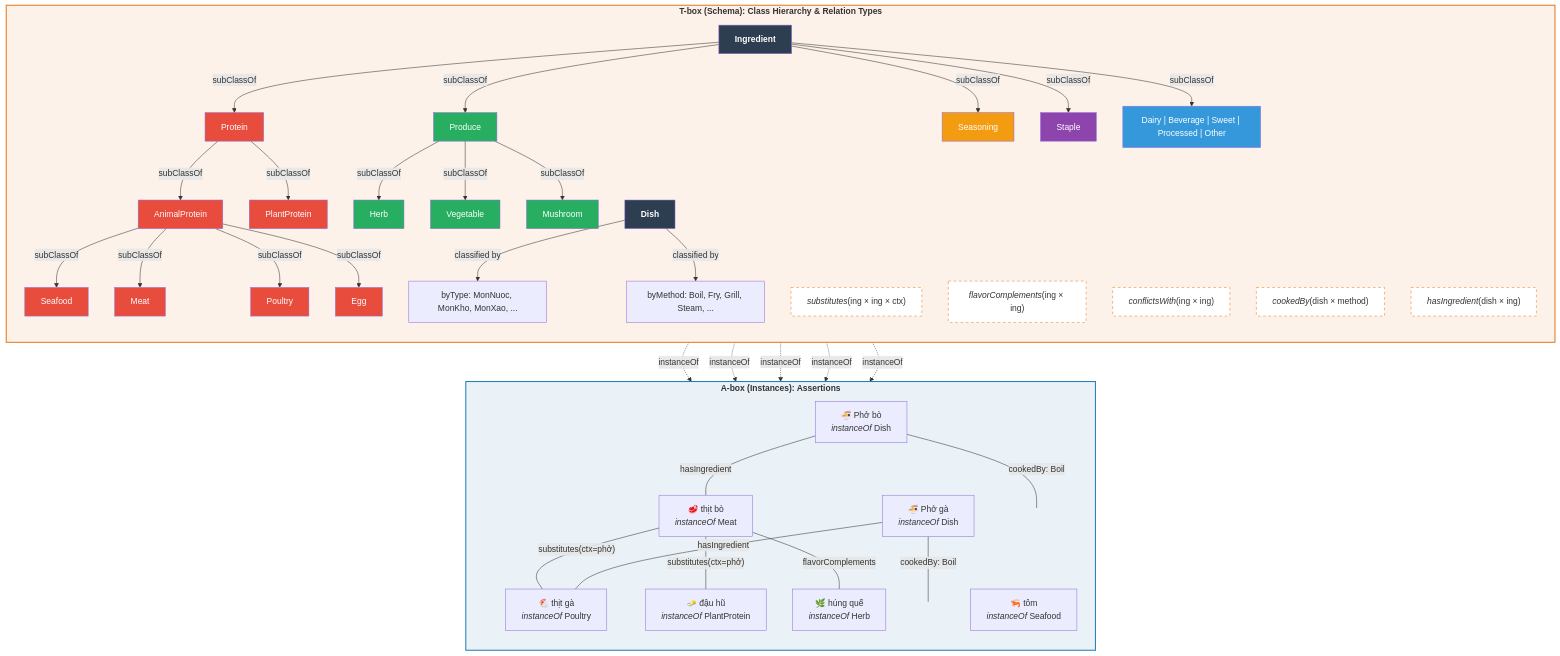
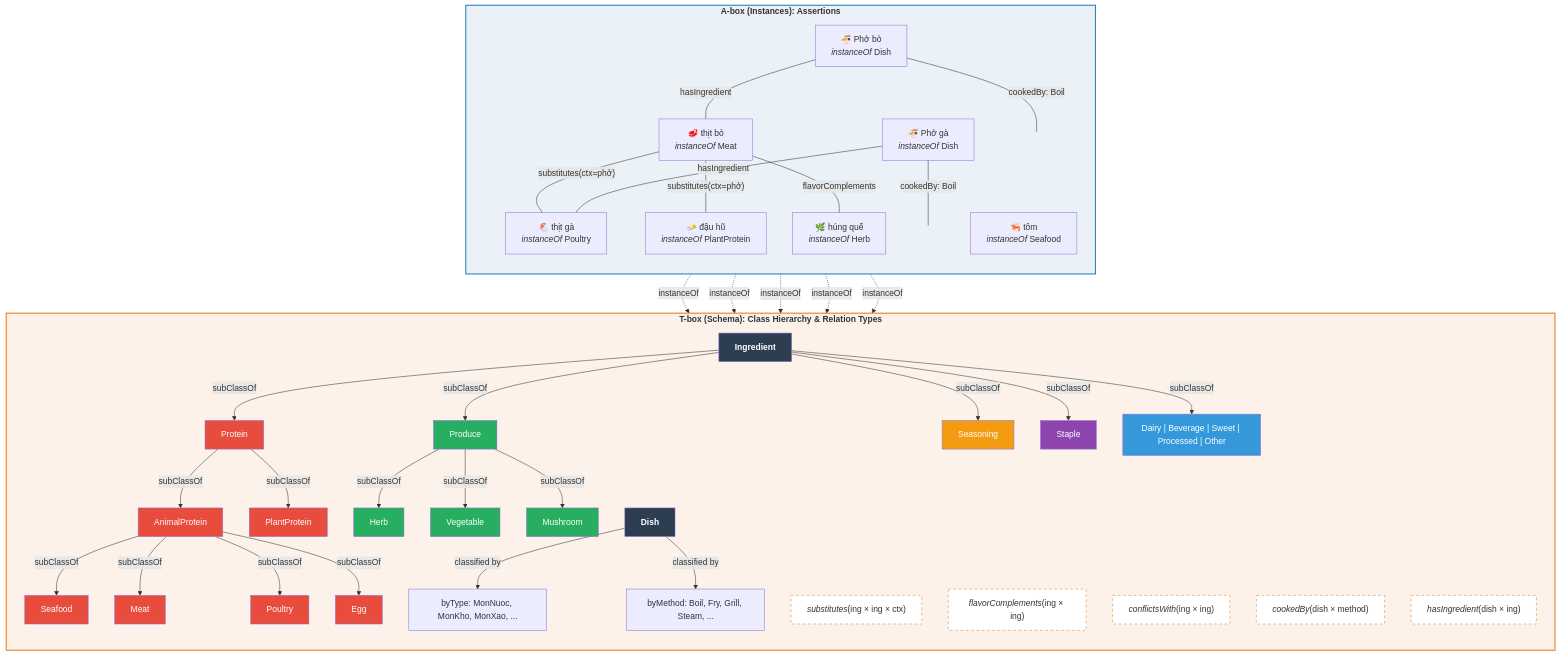
One commit to aklc9210/RAG_SERVICE changed the first of 3 diagrams in paper/figures.md. Above: the diagram before and after it, drawn with Mermaid. The commit also changed other lines of this file and 8 other files, not shown here.

```diff
--- a/paper/figures.md
+++ b/paper/figures.md
@@ -78,12 +78,12 @@
         d2 ---|"cookedBy: Boil"| d2b["  "]
     end
 
-    %% Link T-box to A-box
-    Meat -.->|instanceOf| i1
-    Poultry -.->|instanceOf| i2
-    PlantProtein -.->|instanceOf| i3
-    Seafood -.->|instanceOf| i4
-    Herb -.->|instanceOf| i5
+    %% Link A-box to T-box
+    i1 -.->|instanceOf| Meat
+    i2 -.->|instanceOf| Poultry
+    i3 -.->|instanceOf| PlantProtein
+    i4 -.->|instanceOf| Seafood
+    i5 -.->|instanceOf| Herb
 
     style TBOX fill:#fdf2e9,stroke:#e67e22,stroke-width:2px
     style ABOX fill:#eaf2f8,stroke:#2980b9,stroke-width:2px
```
